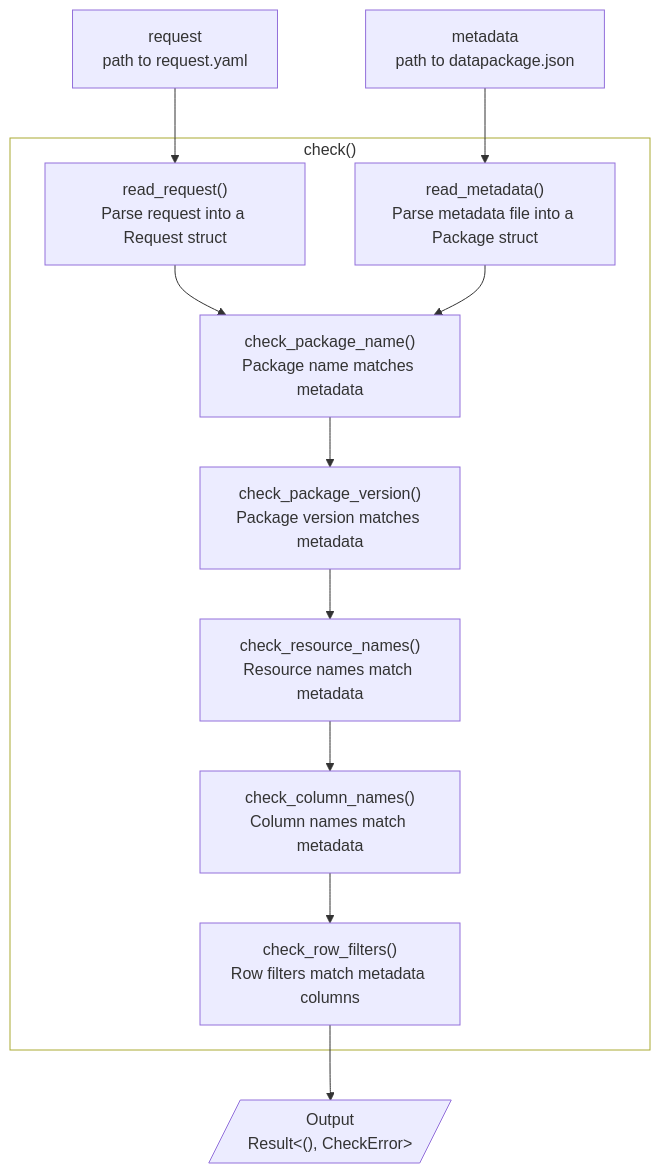
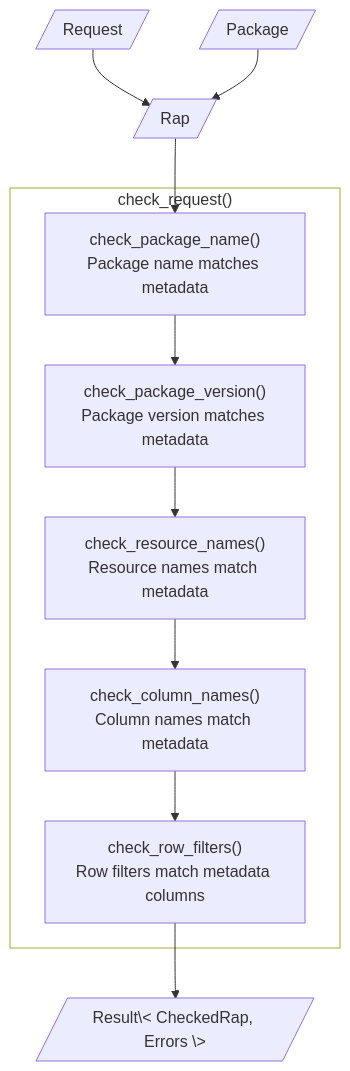
Before and after one commit to seedcase-project/seedcase-propagate: the diagram in docs/design/interface/rust.qmd, drawn with Mermaid. The commit also changed other lines of this file and 2 other files, not shown here.

Commit message:
docs: 🏗️ refactor `check_request()` to use `Rap` struct (#125)

````diff
--- a/docs/design/interface/rust.qmd
+++ b/docs/design/interface/rust.qmd
@@ -49,31 +65,37 @@
 ```{mermaid}
 %%| label: fig-check-flow
-%%| fig-cap: "The flow of input and output through the check function."
+%%| fig-cap: "The flow of input and output through the `check_request()` function."
 %%| fig-alt: >-
-%%|   Diagram showing the flow of input and output through the `check` function.
-%%|   The user provides the request and metadata file. The function completes a
-%%|   set of checks, before returning a result that's either the unit type or a
-%%|   CheckError.
+%%|   Diagram showing the flow of input and output through the `check_request()`
+%%|   function. The user bundles the request and package structs into a Rap
+%%|   struct, which is input into `check_request()`. The function completes a
+%%|   set of checks, before returning a result that's either the unit type
+%%|   (nothing) or a set of errors.
 
 flowchart TD
-    request["request<br>path to request.yaml"]
-    metadata["metadata<br>path to datapackage.json"]
-    output[/"Output<br>Result&lt;(), CheckError&gt;"/]
+    request[/"Request"/]
+    package[/"Package"/]
+    rap[/"Rap"/]
+    output[/"Result\< CheckedRap, Errors \>"/]
 
-    subgraph check ["check()"]
-      read_request["read_request()<br>Parse request into a Request struct"]
-      read_metadata["read_metadata()<br>Parse metadata file into a Package struct"]
+    subgraph check ["check_request()"]
       check_package_name["check_package_name()<br>Package name matches metadata"]
       check_package_version["check_package_version()<br>Package version matches metadata"]
       check_resource_names["check_resource_names()<br>Resource names match metadata"]
       check_column_names["check_column_names()<br>Column names match metadata"]
       check_row_filters["check_row_filters()<br>Row filters match metadata columns"]
     end
 
-    request --> read_request --> check_package_name --> check_package_version --> check_resource_names --> check_column_names --> check_row_filters --> output
-    metadata --> read_metadata --> check_package_name
+    request & package --> rap
+
+    rap -->
+      check_package_name -->
+      check_package_version -->
+      check_resource_names -->
+      check_column_names -->
+      check_row_filters -->
+      output
 
     check:::outer_function
-
-  classDef outer_function fill:none
+    classDef outer_function fill:none
 ```
````
